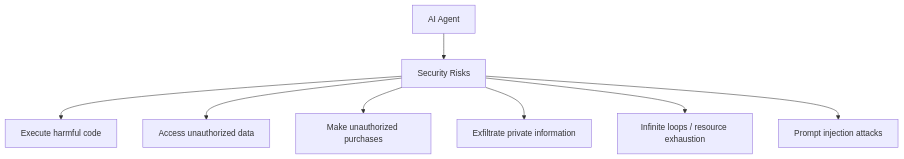
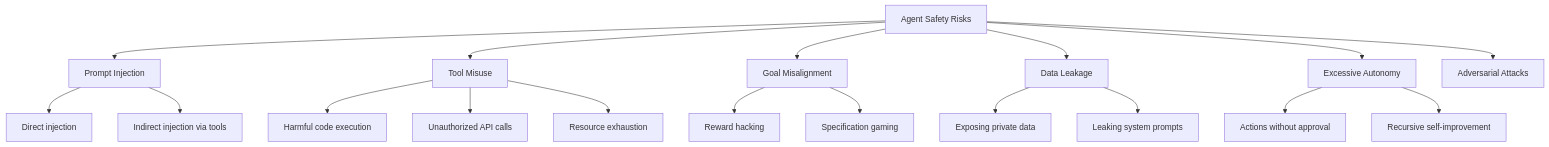
Before and after one commit to vanos001/placement_prep: the first of 4 diagrams in src/ml/agents/safety.md, drawn with Mermaid. The commit also changed other lines of this file and 20 other files, not shown here.

````diff
--- a/src/ml/agents/safety.md
+++ b/src/ml/agents/safety.md
@@ -9,10 +9,26 @@
 ```mermaid
 graph TD
-    AGENT[AI Agent] --> RISKS[Security Risks]
-    RISKS --> R1[Execute harmful code]
-    RISKS --> R2[Access unauthorized data]
-    RISKS --> R3[Make unauthorized purchases]
-    RISKS --> R4[Exfiltrate private information]
-    RISKS --> R5[Infinite loops / resource exhaustion]
-    RISKS --> R6[Prompt injection attacks]
+    RISKS[Agent Safety Risks]
+    RISKS --> PROMPT[Prompt Injection]
+    RISKS --> TOOL[Tool Misuse]
+    RISKS --> GOAL[Goal Misalignment]
+    RISKS --> DATA[Data Leakage]
+    RISKS --> AUTONOMY[Excessive Autonomy]
+    RISKS --> ADVERSARIAL[Adversarial Attacks]
+    
+    PROMPT --> P1[Direct injection]
+    PROMPT --> P2[Indirect injection via tools]
+    
+    TOOL --> T1[Harmful code execution]
+    TOOL --> T2[Unauthorized API calls]
+    TOOL --> T3[Resource exhaustion]
+    
+    GOAL --> G1[Reward hacking]
+    GOAL --> G2[Specification gaming]
+    
+    DATA --> D1[Exposing private data]
+    DATA --> D2[Leaking system prompts]
+    
+    AUTONOMY --> A1[Actions without approval]
+    AUTONOMY --> A2[Recursive self-improvement]
 ```
````
